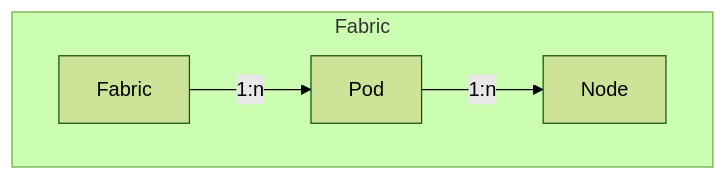
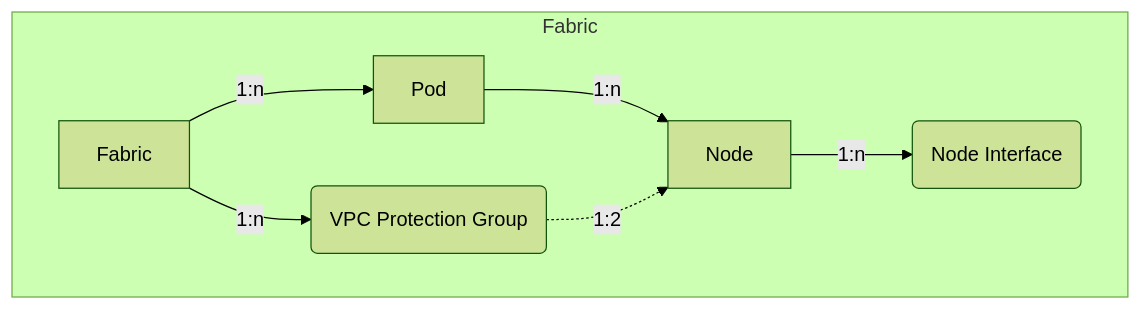
The diagram in docs/features/fabrics.md (pheus/netbox-aci-plugin), drawn with Mermaid (forest theme) before and after one commit. The commit also changed other lines of this file and 2 other files, not shown here.

````diff
--- a/docs/features/fabrics.md
+++ b/docs/features/fabrics.md
@@ -9,12 +9,17 @@
 ```mermaid
 flowchart TD
   FAB[Fabric]
   POD[Pod]
   NODE[Node]
+  NIF(Node Interface)
+  VPG(VPC Protection Group)
 
   %% Fabric topology
   subgraph graphFAB [Fabric]
         FAB -->|1:n| POD
         POD -->|1:n| NODE
+        NODE -->|1:n| NIF
+        FAB -->|1:n| VPG
+        VPG -.->|1:2| NODE
   end
 ```
````
